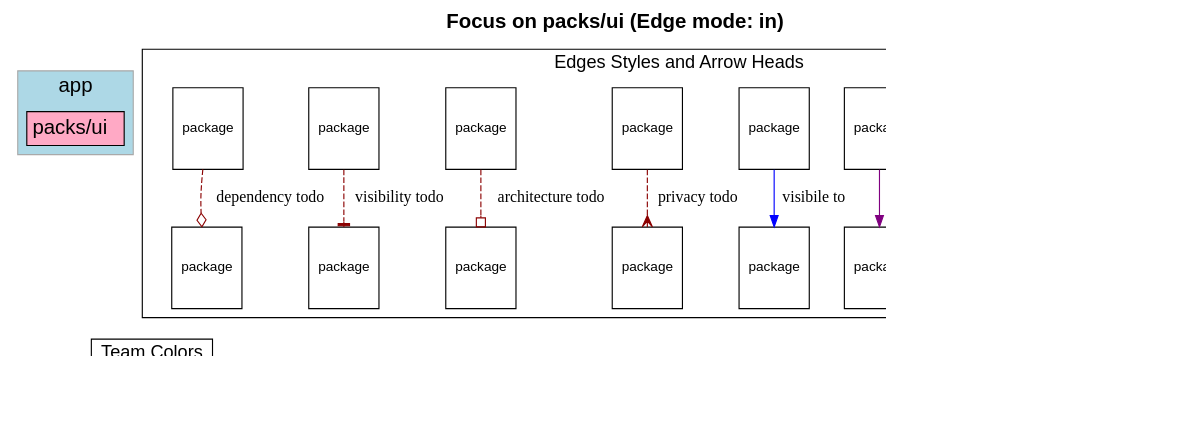
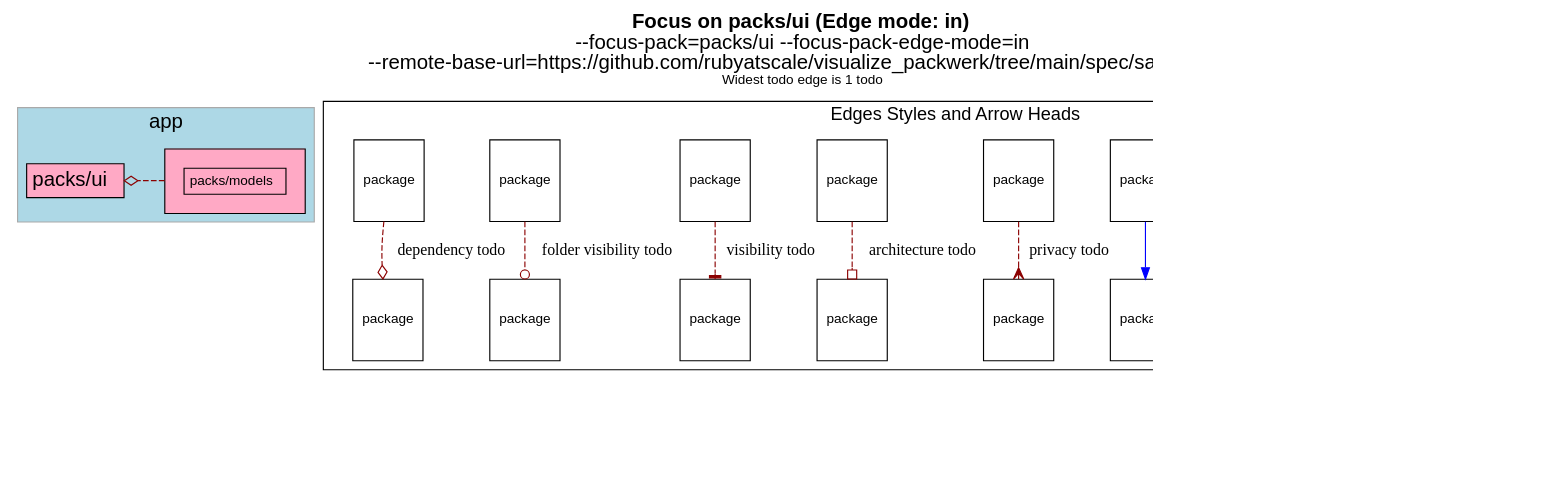
Before and after one commit to rubyatscale/visualize_packs: the diagram in spec/sample_app1/test_output/focussed_on_packs_ui_focus_edges_in.dot, drawn with Graphviz. The commit also changed 28 other files, not shown here.

First line of the commit message:
Folder visibility added (#58)

```diff
--- a/spec/sample_app1/test_output/focussed_on_packs_ui_focus_edges_in.dot
+++ b/spec/sample_app1/test_output/focussed_on_packs_ui_focus_edges_in.dot
@@ -1,99 +1,123 @@
 digraph package_diagram {
   rankdir=TD
   graph [
     labelloc="t"
     fontname="Helvetica,Arial,sans-serif"
     dpi=100
     layout=dot
-    label=<<b>Focus on packs/ui (Edge mode: in)</b>>
+    label=<<b>Focus on packs/ui (Edge mode: in)</b><br/> --focus-pack=packs/ui --focus-pack-edge-mode=in<br/>--remote-base-url=https://github.com/rubyatscale/visualize_packwerk/tree/main/spec/sample_app<br/><font point-size='12'>Widest todo edge is 1 todo</font>>
     fontsize=18
   ]
   node [
     fontname="Helvetica,Arial,sans-serif"
     fontsize=26.0
     fontcolor=black
     fillcolor=white
     color=black
     height=1.0
     style=filled
     shape=plain
   ]
     subgraph app {
       shape=box
       color=darkgrey
       fillcolor=lightblue
       style=filled
         label="app"
         cluster=true
-        rank = 0        "packs/ui" [
+        rank = 0        "packs/models" [
+            fontsize=12.0
+              URL="https://github.com/rubyatscale/visualize_packwerk/tree/main/spec/sample_app/packs/models"
+
+              style=filled
+              fillcolor="#FFA9C5"
+            label= <
+                <table border='0' cellborder='1' cellspacing='0' cellpadding='16'><tr><td>
+                  <table border='0' cellborder='1' cellspacing='0' cellpadding='4'>
+                    <tr> <td port='private'> packs/models </td> </tr>
+                  </table>
+                  </td></tr>
+                  </table>
+              >
+          ]
+        
+        "packs/ui" [
             fontsize=18.0
               URL="https://github.com/rubyatscale/visualize_packwerk/tree/main/spec/sample_app/packs/ui"
 
               style=filled
               fillcolor="#FFA9C5"
             label= <
                 <table border='0' cellborder='1' cellspacing='0' cellpadding='4'>
                   <tr> <td align='left'> packs/ui </td> </tr>
                 </table>
               >
           ]
         
     }
     subgraph utilities {
       shape=box
       color=darkgrey
       fillcolor=lightblue
       style=filled
         label="utilities"
         cluster=true
         rank = 1    }
     subgraph NotInLayer {
       shape=box
       color=darkgrey
       fillcolor=lightblue
       style=filled
         cluster=false
     }
+            "packs/models" -> "packs/ui" [
+                constraint=false
+              # headlabel="dependency"
+color=darkred style=dashed arrowhead=odiamond
+              penwidth=1            ]
     subgraph cluster_legend {
       fontsize=16
       label="Edges Styles and Arrow Heads"
       A [ fontsize=12 shape=box label="package"]
       B [ fontsize=12 shape=box label="package"]
       A -> B [label="accepted dependency" color=darkgreen]
-      K [ fontsize=12 shape=box label="package"]
-      L [ fontsize=12 shape=box label="package"]
-      K -> L [label="nested package" color=purple]
       M [ fontsize=12 shape=box label="package"]
       N [ fontsize=12 shape=box label="package"]
-      M -> N [label="visibile to" color=blue]
+      M -> N [label="nested package" color=purple]
+      O [ fontsize=12 shape=box label="package"]
+      P [ fontsize=12 shape=box label="package"]
+      O -> P [label="visibile to" color=blue]
       C [ fontsize=12 shape=box label="package"]
       D [ fontsize=12 shape=box label="package"]
       C -> D [label="privacy todo" color=darkred style=dashed arrowhead=crow]
       E [ fontsize=12 shape=box label="package"]
       F [ fontsize=12 shape=box label="package"]
       E -> F [label="architecture todo" color=darkred style=dashed arrowhead=obox]
       G [ fontsize=12 shape=box label="package"]
       H [ fontsize=12 shape=box label="package"]
       G -> H [label="visibility todo" color=darkred style=dashed arrowhead=tee]
       I [ fontsize=12 shape=box label="package"]
       J [ fontsize=12 shape=box label="package"]
-      I -> J [label="dependency todo" color=darkred style=dashed arrowhead=odiamond]
+      I -> J [label="folder visibility todo" color=darkred style=dashed arrowhead=odot]
+      K [ fontsize=12 shape=box label="package"]
+      L [ fontsize=12 shape=box label="package"]
+      K -> L [label="dependency todo" color=darkred style=dashed arrowhead=odiamond]
       LEGEND_NODE_1 [ label="" peripheries=0 height=0 width=0 style=invis ]
       LEGEND_NODE_2 [ label="" peripheries=0 height=0 width=0 style=invis ]
       LEGEND_NODE_1 -> LEGEND_NODE_2 [ style=invis ]
     }
   subgraph cluster_teams_legend {
     fontsize=16
     label="Team Colors"
 
       "UI TeamUI Team" [
         label="UI Team"
         style=filled
         fillcolor="#FFA9C5"
         fontsize=12
         shape=box
       ]
 
   }
     LEGEND_NODE_2 -> "UI TeamUI Team" [style=invis]
 }
```
